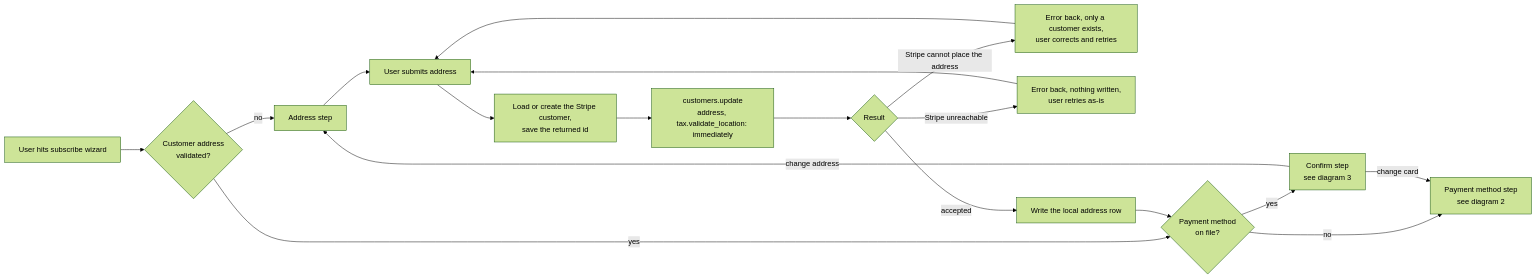
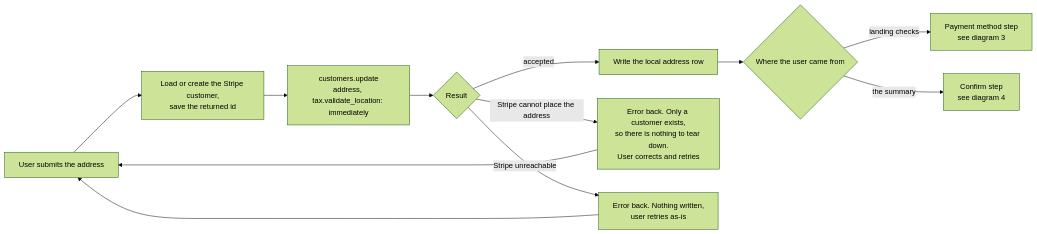
The second of 4 diagrams in flows/subscriptions/stripe/create.md (websanova/starter-flows), drawn with Mermaid (forest theme) before and after one commit. The commit also changed other lines of this file, not shown here.

Commit message:
Update subscriptions create to account for address change.

````diff
--- a/flows/subscriptions/stripe/create.md
+++ b/flows/subscriptions/stripe/create.md
@@ -85,24 +101,14 @@
 ```mermaid
 flowchart LR
-    A[User hits subscribe wizard] --> B{Customer address<br/>validated?}
-    B -->|no| C[Address step]
-    B -->|yes| B2{Payment method<br/>on file?}
-    B2 -->|no| P["Payment method step<br/>see diagram 2"]
-    B2 -->|yes| Q["Confirm step<br/>see diagram 3"]
-
-    Q -->|change address| C
-    Q -->|change card| P
-
-    C --> C1[User submits address]
-    C1 --> C2[Load or create the Stripe customer,<br/>save the returned id]
+    C[User submits the address] --> C2[Load or create the Stripe customer,<br/>save the returned id]
     C2 --> C3["customers.update<br/>address, tax.validate_location: immediately"]
     C3 --> C4{Result}
-
-    C4 -->|Stripe cannot place the address| C5[Error back, only a customer exists,<br/>user corrects and retries]
-    C4 -->|Stripe unreachable| C6[Error back, nothing written,<br/>user retries as-is]
-    C5 --> C1
-    C6 --> C1
-
     C4 -->|accepted| C7[Write the local address row]
-    C7 --> B2
+    C7 --> C8{Where the user came from}
+    C8 -->|landing checks| C9["Payment method step<br/>see diagram 3"]
+    C8 -->|the summary| C10["Confirm step<br/>see diagram 4"]
+    C4 -->|Stripe cannot place the address| C5[Error back. Only a customer exists,<br/>so there is nothing to tear down.<br/>User corrects and retries]
+    C4 -->|Stripe unreachable| C6[Error back. Nothing written,<br/>user retries as-is]
+    C5 --> C
+    C6 --> C
 ```
````
